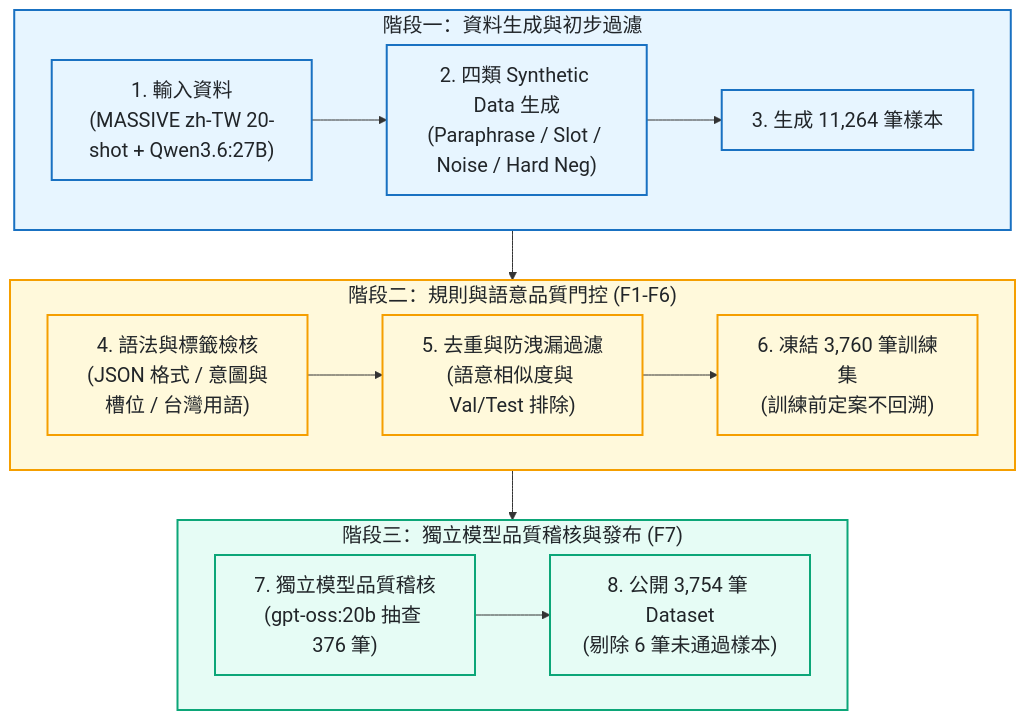
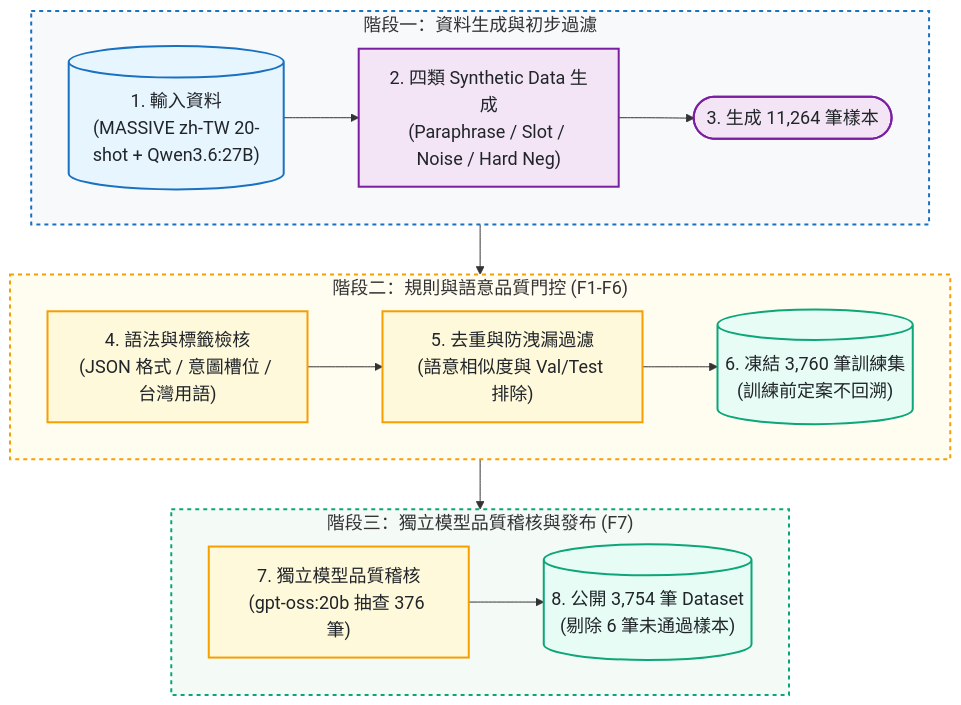
Before and after one commit to kuotunyu/FormosaNLU-Synth: the first of 2 diagrams in README.md, drawn with Mermaid. The commit also changed other lines of this file, not shown here.

Commit message:
docs: apply high-end visual enhancements to flowcharts (card containers, semantic node shapes, Morandi palette)

````diff
--- a/README.md
+++ b/README.md
@@ -83,28 +83,34 @@
 ```mermaid
-%%{init: {'themeVariables': {'fontSize': '20px'}}}%%
+%%{init: {'themeVariables': {'fontSize': '18px'}}}%%
 flowchart TD
     subgraph Stage1 ["階段一：資料生成與初步過濾"]
         direction LR
-        Inputs["1. 輸入資料<br/>(MASSIVE zh-TW 20-shot + Qwen3.6:27B)"] --> Recipes["2. 四類 Synthetic Data 生成<br/>(Paraphrase / Slot / Noise / Hard Neg)"] --> Generated["3. 生成 11,264 筆樣本"]
+        Inputs[("1. 輸入資料<br/>(MASSIVE zh-TW 20-shot + Qwen3.6:27B)")] --> Recipes["2. 四類 Synthetic Data 生成<br/>(Paraphrase / Slot / Noise / Hard Neg)"] --> Generated(["3. 生成 11,264 筆樣本"])
     end
 
     subgraph Stage2 ["階段二：規則與語意品質門控 (F1-F6)"]
         direction LR
-        Checks["4. 語法與標籤檢核<br/>(JSON 格式 / 意圖與槽位 / 台灣用語)"] --> Safety["5. 去重與防洩漏過濾<br/>(語意相似度與 Val/Test 排除)"] --> Primary["6. 凍結 3,760 筆訓練集<br/>(訓練前定案不回溯)"]
+        Checks["4. 語法與標籤檢核<br/>(JSON 格式 / 意圖槽位 / 台灣用語)"] --> Safety["5. 去重與防洩漏過濾<br/>(語意相似度與 Val/Test 排除)"] --> Primary[("6. 凍結 3,760 筆訓練集<br/>(訓練前定案不回溯)")]
     end
 
     subgraph Stage3 ["階段三：獨立模型品質稽核與發布 (F7)"]
         direction LR
-        Judge["7. 獨立模型品質稽核<br/>(gpt-oss:20b 抽查 376 筆)"] --> Public["8. 公開 3,754 筆 Dataset<br/>(剔除 6 筆未通過樣本)"]
+        Judge["7. 獨立模型品質稽核<br/>(gpt-oss:20b 抽查 376 筆)"] --> Public[("8. 公開 3,754 筆 Dataset<br/>(剔除 6 筆未通過樣本)")]
     end
 
     Stage1 --> Stage2 --> Stage3
 
-    classDef stageStyle fill:#e7f5ff,stroke:#1971c2,stroke-width:2px,color:#212529
+    classDef srcStyle fill:#e7f5ff,stroke:#1971c2,stroke-width:2px,color:#212529
+    classDef procStyle fill:#f3e5f5,stroke:#7b1fa2,stroke-width:2px,color:#212529
     classDef gateStyle fill:#fff9db,stroke:#f59f00,stroke-width:2px,color:#212529
     classDef pubStyle fill:#e6fcf5,stroke:#0ca678,stroke-width:2px,color:#212529
 
-    class Stage1,Inputs,Recipes,Generated stageStyle
-    class Stage2,Checks,Safety,Primary gateStyle
-    class Stage3,Judge,Public pubStyle
+    class Inputs srcStyle
+    class Recipes,Generated procStyle
+    class Checks,Safety,Judge gateStyle
+    class Primary,Public pubStyle
+
+    style Stage1 fill:#f8f9fa,stroke:#1971c2,stroke-width:2px,stroke-dasharray: 4 4
+    style Stage2 fill:#fffcf0,stroke:#f59f00,stroke-width:2px,stroke-dasharray: 4 4
+    style Stage3 fill:#f4fbf7,stroke:#0ca678,stroke-width:2px,stroke-dasharray: 4 4
 ```
````
